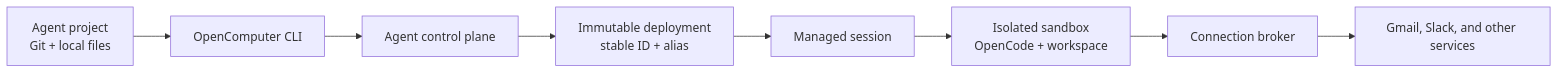
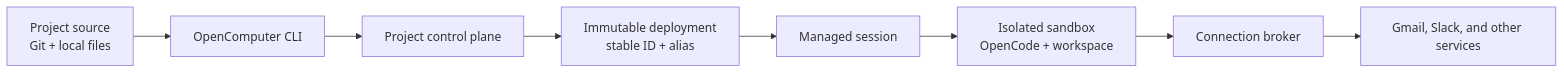
Before and after one commit to diggerhq/opencomputer: the first of 2 diagrams in docs/agents/architecture.mdx, drawn with Mermaid. The commit also changed other lines of this file and 25 other files, not shown here.

````diff
--- a/docs/agents/architecture.mdx
+++ b/docs/agents/architecture.mdx
@@ -11,10 +11,10 @@
 ```mermaid
 flowchart LR
-    A["Agent project<br/>Git + local files"] --> B["OpenComputer CLI"]
-    B --> C["Agent control plane"]
+    A["Project source<br/>Git + local files"] --> B["OpenComputer CLI"]
+    B --> C["Project control plane"]
     C --> D["Immutable deployment<br/>stable ID + alias"]
     D --> E["Managed session"]
     E --> F["Isolated sandbox<br/>OpenCode + workspace"]
     F --> G["Connection broker"]
     G --> H["Gmail, Slack, and other services"]
 ```
````
